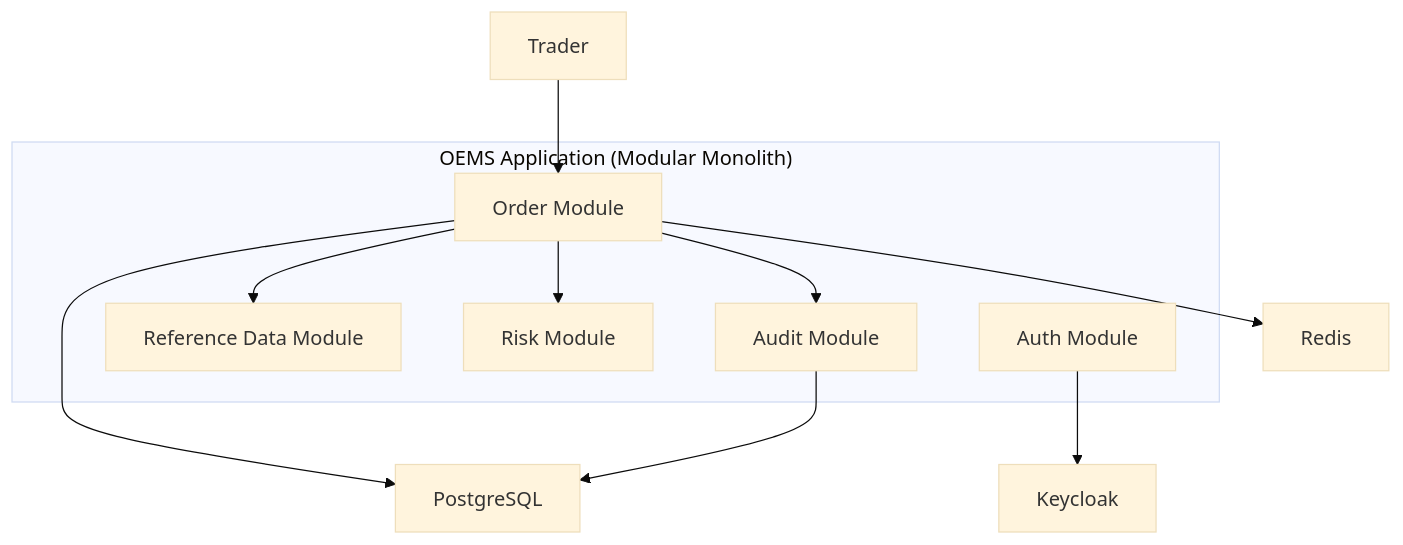
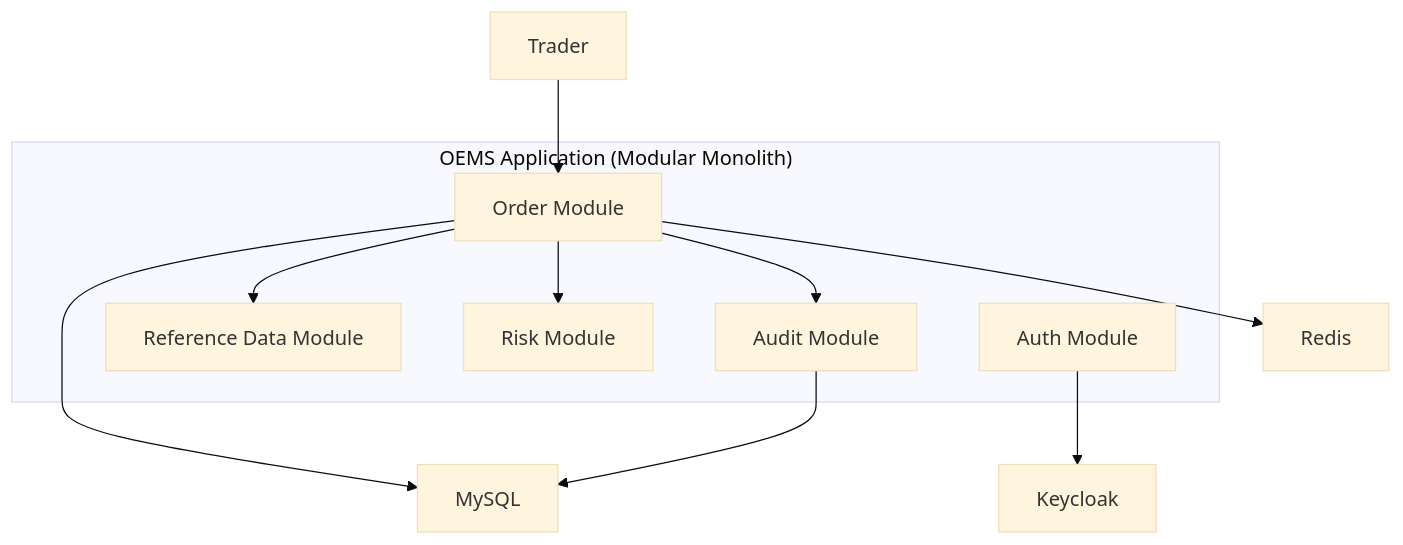
Before and after one commit to Aniket-gawade/oems: the second of 4 diagrams in docs/OEMS_PHASE1_COOKBOOK.md, drawn with Mermaid (base theme). The commit also changed other lines of this file and 8 other files, not shown here.

````diff
--- a/docs/OEMS_PHASE1_COOKBOOK.md
+++ b/docs/OEMS_PHASE1_COOKBOOK.md
@@ -225,19 +225,19 @@
 ```mermaid
 flowchart TB
     subgraph App["OEMS Application (Modular Monolith)"]
       Auth[Auth Module]
       RefData[Reference Data Module]
       Orders[Order Module]
       Risk[Risk Module]
       Audit[Audit Module]
     end
 
     Trader --> Orders
     Orders --> RefData
     Orders --> Risk
     Orders --> Audit
     Auth --> Keycloak
-    Orders --> PostgreSQL
-    Audit --> PostgreSQL
+    Orders --> MySQL
+    Audit --> MySQL
     Orders --> Redis
 ```
````
